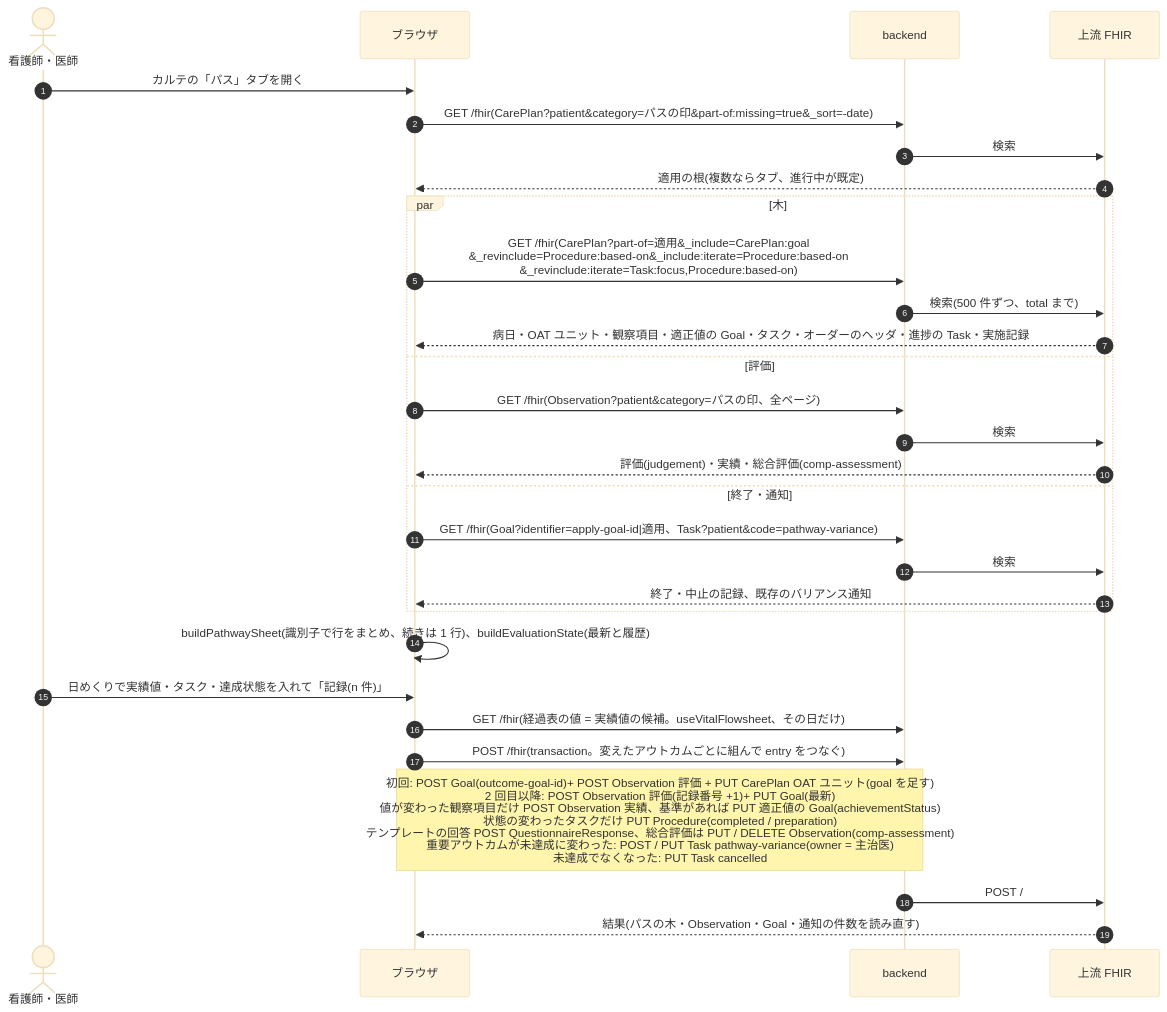
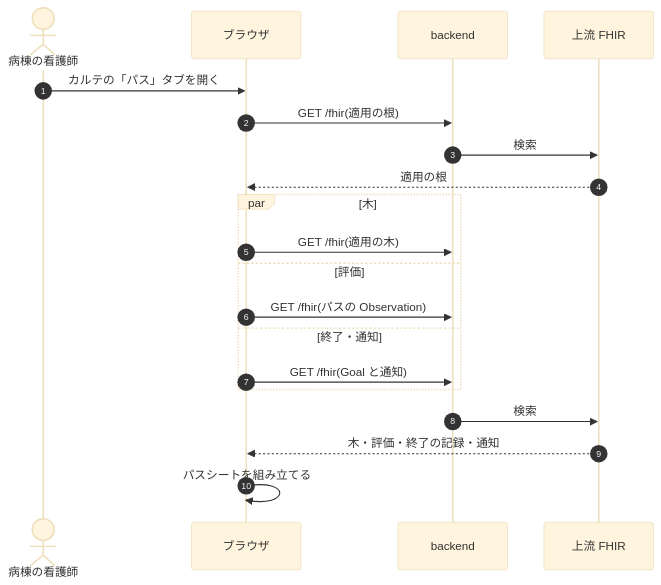
The sixth of 12 diagrams in docs/dev/clinical-pathway.md (ysnr-dev/fhir-client-docs), drawn with Mermaid (base theme) before and after one commit. The commit also changed other lines of this file and 43 other files, not shown here.

Commit message:
docs: 業務フローとシーケンス図を写し直し

````diff
--- a/docs/dev/clinical-pathway.md
+++ b/docs/dev/clinical-pathway.md
@@ -141,33 +399,23 @@
 ```mermaid
 sequenceDiagram
   autonumber
-  actor Ns as 看護師・医師
+  actor Ns as 病棟の看護師
   participant UI as ブラウザ
   participant BE as backend
   participant FHIR as 上流 FHIR
 
   Ns->>UI: カルテの「パス」タブを開く
-  UI->>BE: GET /fhir(CarePlan?patient&category=パスの印&part-of:missing=true&_sort=-date)
+  UI->>BE: GET /fhir(適用の根)
   BE->>FHIR: 検索
-  FHIR-->>UI: 適用の根(複数ならタブ、進行中が既定)
+  FHIR-->>UI: 適用の根
   par 木
-    UI->>BE: GET /fhir(CarePlan?part-of=適用&_include=CarePlan:goal<br/>&_revinclude=Procedure:based-on&_include:iterate=Procedure:based-on<br/>&_revinclude:iterate=Task:focus,Procedure:based-on)
-    BE->>FHIR: 検索(500 件ずつ、total まで)
-    FHIR-->>UI: 病日・OAT ユニット・観察項目・適正値の Goal・タスク・オーダーのヘッダ・進捗の Task・実施記録
+    UI->>BE: GET /fhir(適用の木)
   and 評価
-    UI->>BE: GET /fhir(Observation?patient&category=パスの印、全ページ)
-    BE->>FHIR: 検索
-    FHIR-->>UI: 評価(judgement)・実績・総合評価(comp-assessment)
+    UI->>BE: GET /fhir(パスの Observation)
   and 終了・通知
-    UI->>BE: GET /fhir(Goal?identifier=apply-goal-id|適用、Task?patient&code=pathway-variance)
-    BE->>FHIR: 検索
-    FHIR-->>UI: 終了・中止の記録、既存のバリアンス通知
+    UI->>BE: GET /fhir(Goal と通知)
   end
-  UI->>UI: buildPathwaySheet(識別子で行をまとめ、続きは 1 行)、buildEvaluationState(最新と履歴)
-  Ns->>UI: 日めくりで実績値・タスク・達成状態を入れて「記録(n 件)」
-  UI->>BE: GET /fhir(経過表の値 = 実績値の候補。useVitalFlowsheet、その日だけ)
-  UI->>BE: POST /fhir(transaction。変えたアウトカムごとに組んで entry をつなぐ)
-  Note over UI,BE: 初回: POST Goal(outcome-goal-id)+ POST Observation 評価 + PUT CarePlan OAT ユニット(goal を足す)<br/>2 回目以降: POST Observation 評価(記録番号 +1)+ PUT Goal(最新)<br/>値が変わった観察項目だけ POST Observation 実績、基準があれば PUT 適正値の Goal(achievementStatus)<br/>状態の変わったタスクだけ PUT Procedure(completed / preparation)<br/>テンプレートの回答 POST QuestionnaireResponse、総合評価は PUT / DELETE Observation(comp-assessment)<br/>重要アウトカムが未達成に変わった: POST / PUT Task pathway-variance(owner = 主治医)<br/>未達成でなくなった: PUT Task cancelled
-  BE->>FHIR: POST /
-  FHIR-->>UI: 結果(パスの木・Observation・Goal・通知の件数を読み直す)
+  BE->>FHIR: 検索
+  FHIR-->>UI: 木・評価・終了の記録・通知
+  UI->>UI: パスシートを組み立てる
 ```
````
